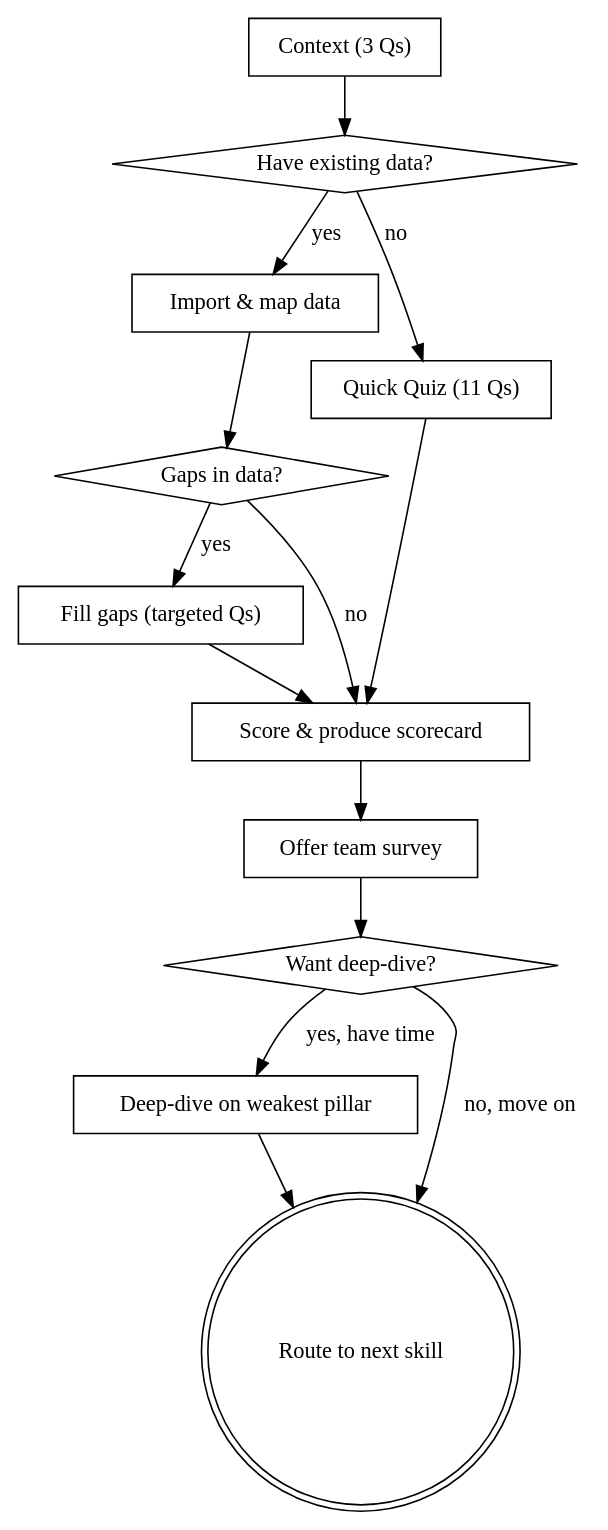
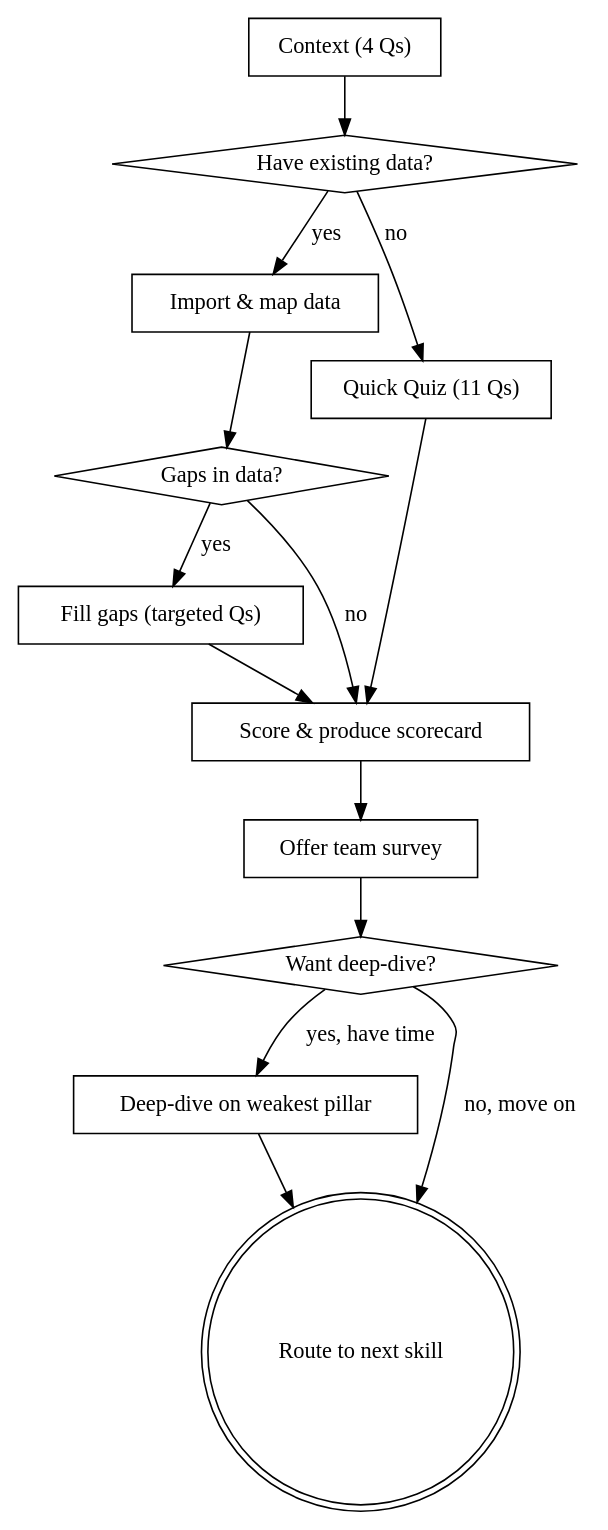
Before and after one commit to adimango/ai-adoption-playbook: the diagram in skills/fluency-assessment/SKILL.md, drawn with Graphviz. The commit also changed other lines of this file, not shown here.

Commit message:
Add Currency context question (Q4) to fluency-assessment and propagate to scorecard

````diff
--- a/skills/fluency-assessment/SKILL.md
+++ b/skills/fluency-assessment/SKILL.md
@@ -18,29 +18,29 @@
 ```dot
 digraph fluency {
-    "Context (3 Qs)" [shape=box];
+    "Context (4 Qs)" [shape=box];
     "Have existing data?" [shape=diamond];
     "Import & map data" [shape=box];
     "Gaps in data?" [shape=diamond];
     "Fill gaps (targeted Qs)" [shape=box];
     "Quick Quiz (11 Qs)" [shape=box];
     "Score & produce scorecard" [shape=box];
     "Offer team survey" [shape=box];
     "Want deep-dive?" [shape=diamond];
     "Deep-dive on weakest pillar" [shape=box];
     "Route to next skill" [shape=doublecircle];
 
-    "Context (3 Qs)" -> "Have existing data?";
+    "Context (4 Qs)" -> "Have existing data?";
     "Have existing data?" -> "Import & map data" [label="yes"];
     "Have existing data?" -> "Quick Quiz (11 Qs)" [label="no"];
     "Import & map data" -> "Gaps in data?";
     "Gaps in data?" -> "Fill gaps (targeted Qs)" [label="yes"];
     "Gaps in data?" -> "Score & produce scorecard" [label="no"];
     "Fill gaps (targeted Qs)" -> "Score & produce scorecard";
     "Quick Quiz (11 Qs)" -> "Score & produce scorecard";
     "Score & produce scorecard" -> "Offer team survey";
     "Offer team survey" -> "Want deep-dive?";
     "Want deep-dive?" -> "Deep-dive on weakest pillar" [label="yes, have time"];
     "Want deep-dive?" -> "Route to next skill" [label="no, move on"];
     "Deep-dive on weakest pillar" -> "Route to next skill";
 }
 ```
````
